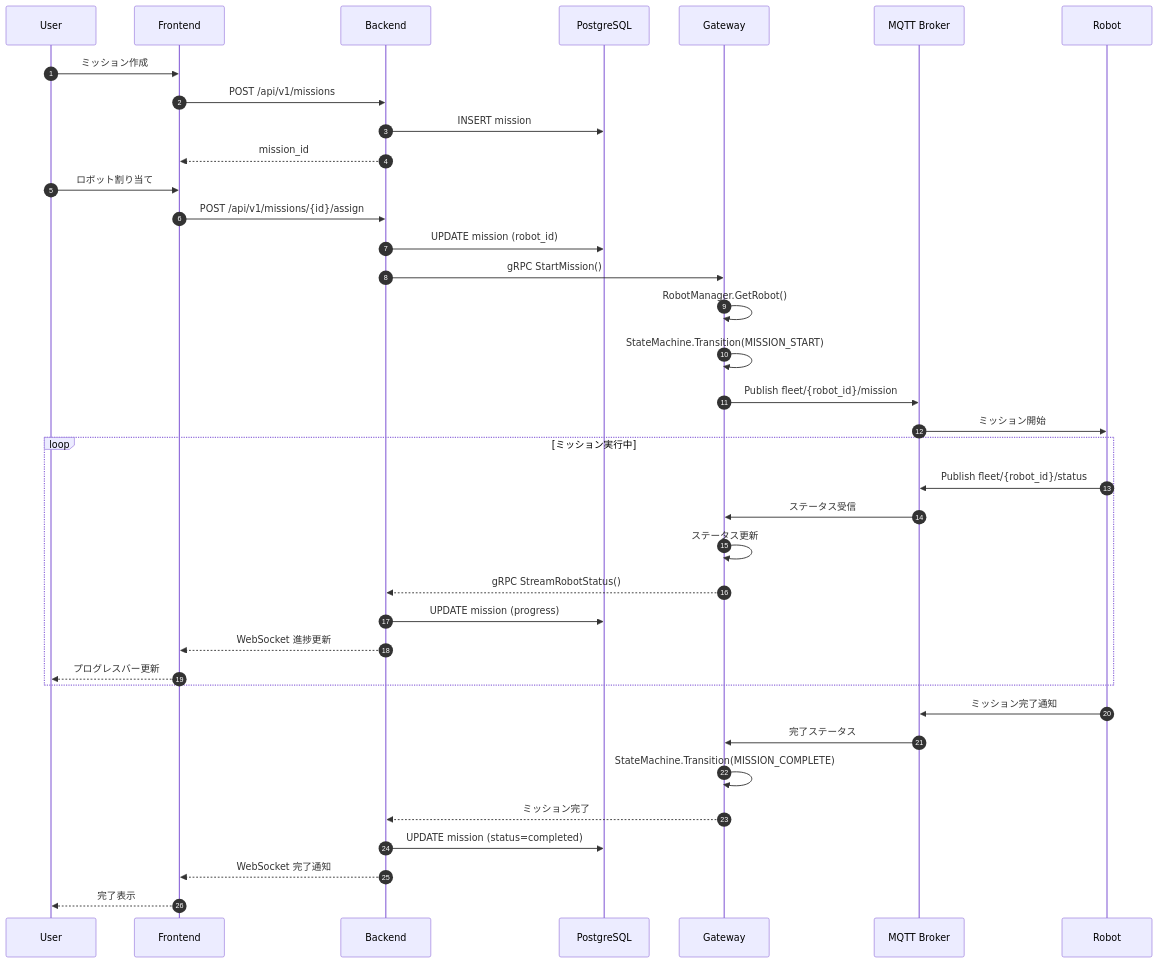
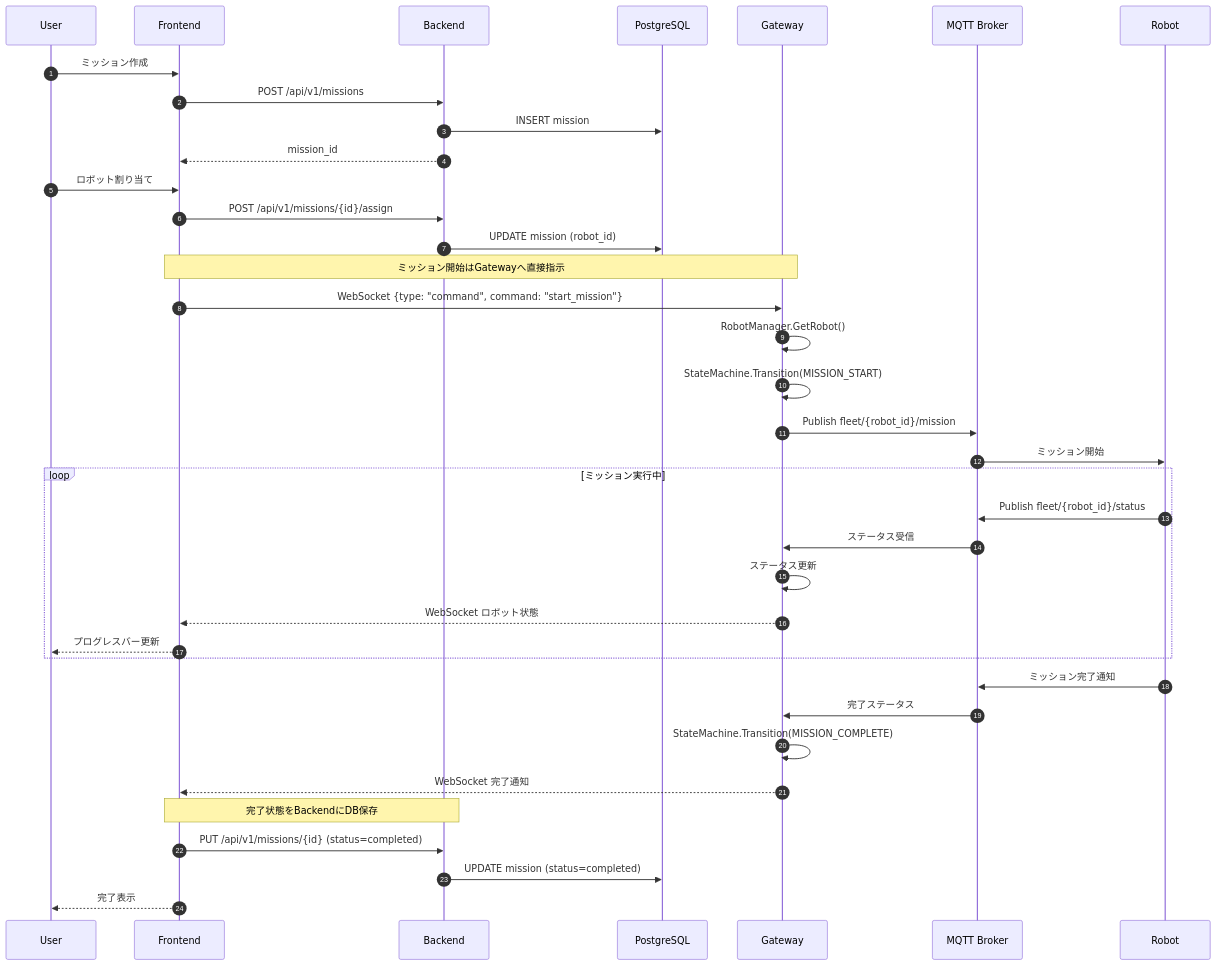
Before and after one commit to akinami3/robot-ml-web-app: the fourth of 5 diagrams in README.md, drawn with Mermaid. The commit also changed other lines of this file and 25 other files, not shown here.

````diff
--- a/README.md
+++ b/README.md
@@ -230,45 +306,46 @@
 ```mermaid
 sequenceDiagram
     autonumber
     participant U as User
     participant F as Frontend
     participant B as Backend
     participant DB as PostgreSQL
     participant G as Gateway
     participant M as MQTT Broker
     participant R as Robot
 
     U->>F: ミッション作成
     F->>B: POST /api/v1/missions
     B->>DB: INSERT mission
     B-->>F: mission_id
     
     U->>F: ロボット割り当て
     F->>B: POST /api/v1/missions/{id}/assign
     B->>DB: UPDATE mission (robot_id)
     
-    B->>G: gRPC StartMission()
+    Note over F,G: ミッション開始はGatewayへ直接指示
+    F->>G: WebSocket {type: "command", command: "start_mission"}
     G->>G: RobotManager.GetRobot()
     G->>G: StateMachine.Transition(MISSION_START)
     
     G->>M: Publish fleet/{robot_id}/mission
     M->>R: ミッション開始
     
     loop ミッション実行中
         R->>M: Publish fleet/{robot_id}/status
         M->>G: ステータス受信
         G->>G: ステータス更新
-        G-->>B: gRPC StreamRobotStatus()
-        B->>DB: UPDATE mission (progress)
-        B-->>F: WebSocket 進捗更新
+        G-->>F: WebSocket ロボット状態
         F-->>U: プログレスバー更新
     end
     
     R->>M: ミッション完了通知
     M->>G: 完了ステータス
     G->>G: StateMachine.Transition(MISSION_COMPLETE)
-    G-->>B: ミッション完了
+    G-->>F: WebSocket 完了通知
+    
+    Note over F,B: 完了状態をBackendにDB保存
+    F->>B: PUT /api/v1/missions/{id} (status=completed)
     B->>DB: UPDATE mission (status=completed)
-    B-->>F: WebSocket 完了通知
     F-->>U: 完了表示
 ```
````
